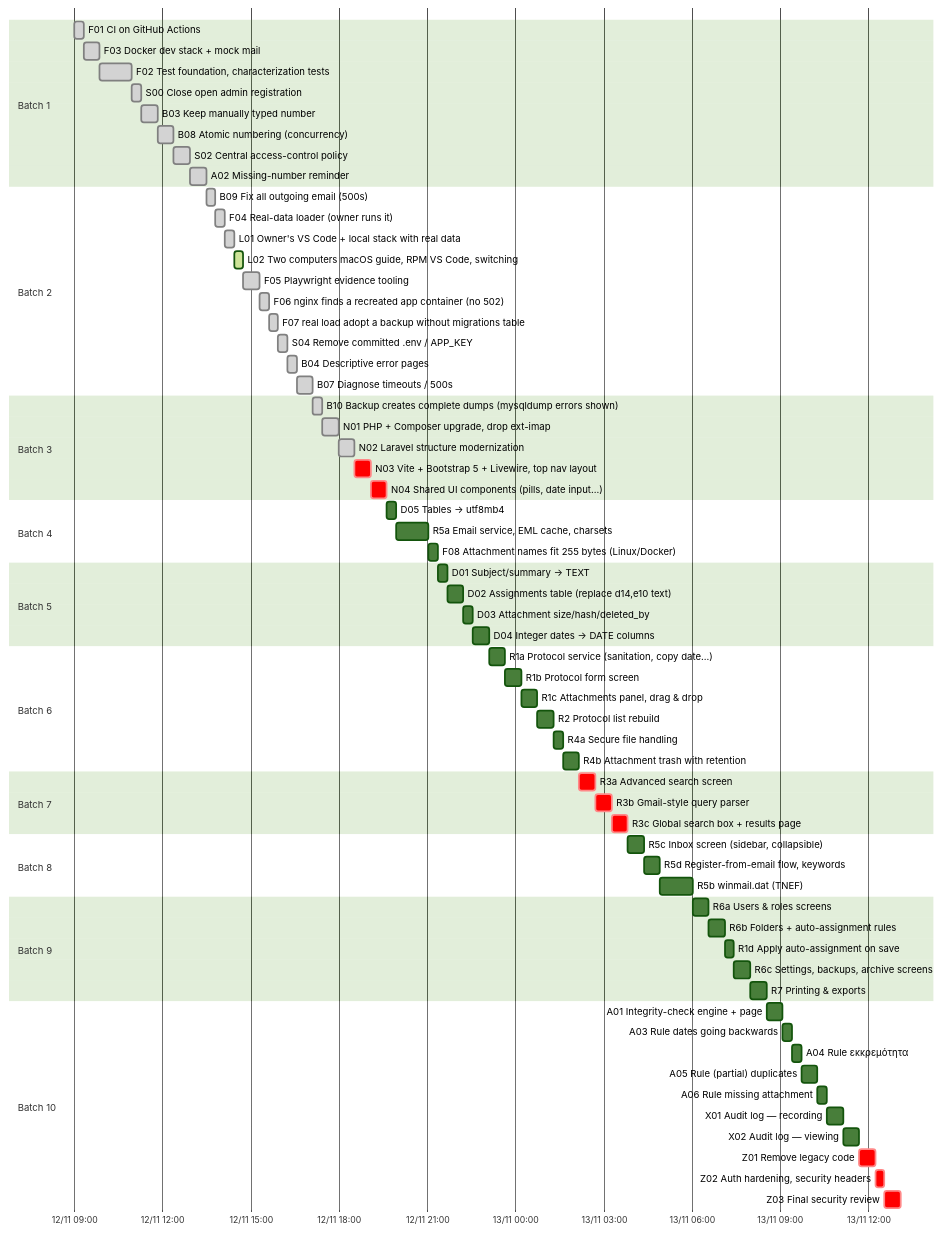
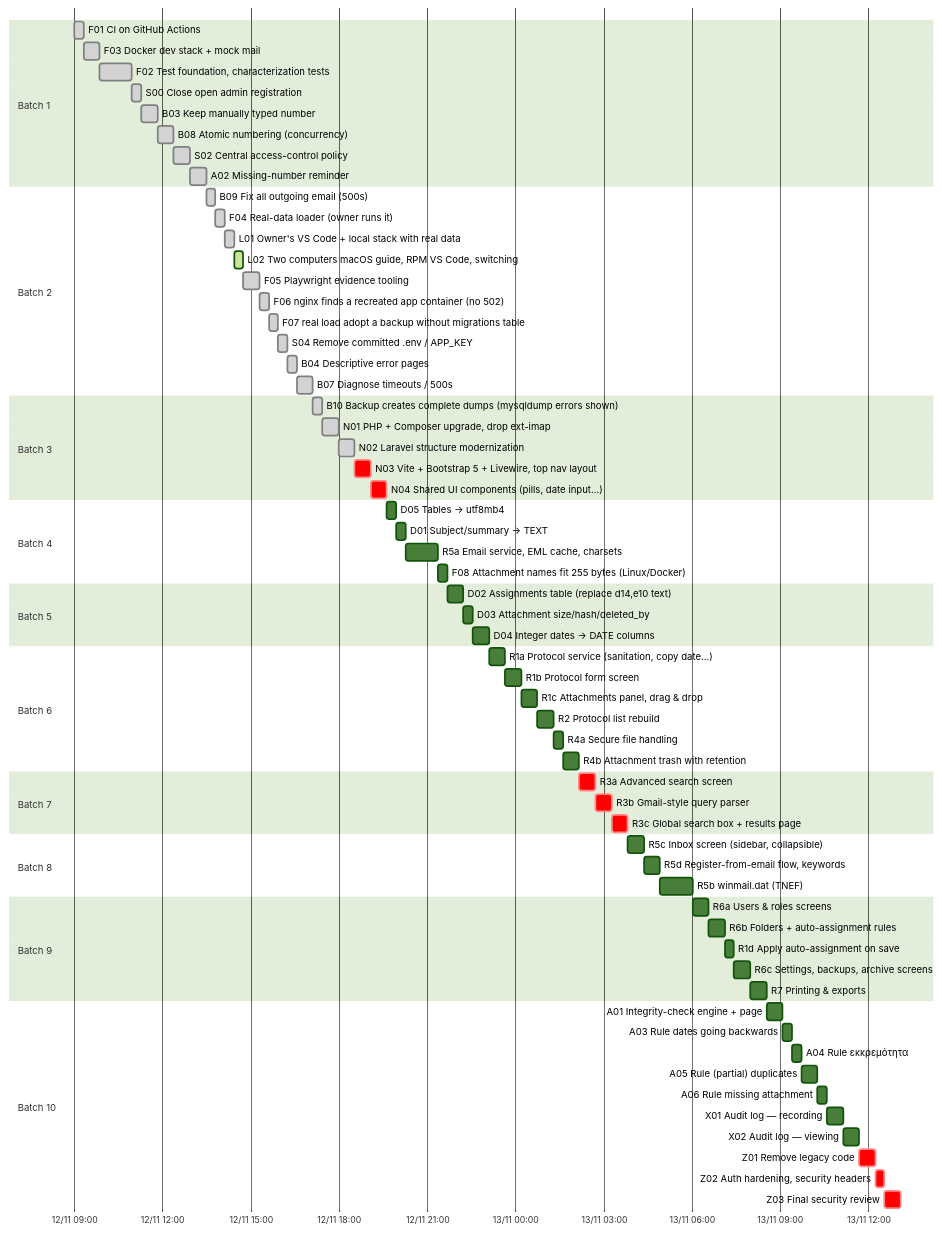
Before and after one commit to dipelaserasmus-del/electronic_protocol: the second of 2 diagrams in docs/plan/PROGRESS.md, drawn with Mermaid (forest theme). The commit also changed other lines of this file and 5 other files, not shown here.

````diff
--- a/docs/plan/PROGRESS.md
+++ b/docs/plan/PROGRESS.md
@@ -205,73 +205,73 @@
 ```mermaid
 gantt
   dateFormat YYYY-MM-DD HH:mm
   axisFormat %d/%m %H:%M
   todayMarker off
   section Batch 1
   F01 CI on GitHub Actions :done, f01, 2026-11-12 09:00, 19m
   F03 Docker dev stack + mock mail :done, f03, 2026-11-12 09:19, 33m
   F02 Test foundation, characterization tests :done, f02, 2026-11-12 09:52, 66m
   S00 Close open admin registration :done, s00, 2026-11-12 10:58, 19m
   B03 Keep manually typed number :done, b03, 2026-11-12 11:17, 33m
   B08 Atomic numbering (concurrency) :done, b08, 2026-11-12 11:50, 33m
   S02 Central access-control policy :done, s02, 2026-11-12 12:23, 33m
   A02 Missing-number reminder :done, a02, 2026-11-12 12:56, 33m
   section Batch 2
   B09 Fix all outgoing email (500s) :done, b09, 2026-11-12 13:29, 19m
   F04 Real-data loader (owner runs it) :done, f04, 2026-11-12 13:48, 19m
   L01 Owner's VS Code + local stack with real data :done, l01, 2026-11-12 14:07, 19m
   L02 Two computers  macOS guide, RPM VS Code, switching :active, l02, 2026-11-12 14:26, 19m
   F05 Playwright evidence tooling :done, f05, 2026-11-12 14:45, 33m
   F06 nginx finds a recreated app container (no 502) :done, f06, 2026-11-12 15:18, 19m
   F07 real load  adopt a backup without migrations table :done, f07, 2026-11-12 15:37, 19m
   S04 Remove committed .env / APP_KEY :done, s04, 2026-11-12 15:56, 19m
   B04 Descriptive error pages :done, b04, 2026-11-12 16:15, 19m
   B07 Diagnose timeouts / 500s :done, b07, 2026-11-12 16:34, 33m
   section Batch 3
   B10 Backup creates complete dumps (mysqldump errors shown) :done, b10, 2026-11-12 17:07, 19m
   N01 PHP + Composer upgrade, drop ext-imap :done, n01, 2026-11-12 17:26, 33m
   N02 Laravel structure modernization :done, n02, 2026-11-12 17:59, 33m
   N03 Vite + Bootstrap 5 + Livewire, top nav layout :crit, n03, 2026-11-12 18:32, 33m
   N04 Shared UI components (pills, date input…) :crit, n04, 2026-11-12 19:05, 33m
   section Batch 4
   D05 Tables → utf8mb4 :d05, 2026-11-12 19:38, 19m
-  R5a Email service, EML cache, charsets :r5a, 2026-11-12 19:57, 66m
-  F08 Attachment names fit 255 bytes (Linux/Docker) :f08, 2026-11-12 21:03, 19m
+  D01 Subject/summary → TEXT :d01, 2026-11-12 19:57, 19m
+  R5a Email service, EML cache, charsets :r5a, 2026-11-12 20:16, 66m
+  F08 Attachment names fit 255 bytes (Linux/Docker) :f08, 2026-11-12 21:22, 19m
   section Batch 5
-  D01 Subject/summary → TEXT :d01, 2026-11-12 21:22, 19m
   D02 Assignments table (replace d14,e10 text) :d02, 2026-11-12 21:41, 33m
   D03 Attachment size/hash/deleted_by :d03, 2026-11-12 22:14, 19m
   D04 Integer dates → DATE columns :d04, 2026-11-12 22:33, 33m
   section Batch 6
   R1a Protocol service (sanitation, copy date…) :r1a, 2026-11-12 23:06, 33m
   R1b Protocol form screen :r1b, 2026-11-12 23:39, 33m
   R1c Attachments panel, drag & drop :r1c, 2026-11-13 00:12, 33m
   R2 Protocol list rebuild :r2, 2026-11-13 00:45, 33m
   R4a Secure file handling :r4a, 2026-11-13 01:18, 19m
   R4b Attachment trash with retention :r4b, 2026-11-13 01:37, 33m
   section Batch 7
   R3a Advanced search screen :crit, r3a, 2026-11-13 02:10, 33m
   R3b Gmail-style query parser :crit, r3b, 2026-11-13 02:43, 33m
   R3c Global search box + results page :crit, r3c, 2026-11-13 03:16, 33m
   section Batch 8
   R5c Inbox screen (sidebar, collapsible) :r5c, 2026-11-13 03:49, 33m
   R5d Register-from-email flow, keywords :r5d, 2026-11-13 04:22, 33m
   R5b winmail.dat (TNEF) :r5b, 2026-11-13 04:55, 66m
   section Batch 9
   R6a Users & roles screens :r6a, 2026-11-13 06:01, 33m
   R6b Folders + auto-assignment rules :r6b, 2026-11-13 06:34, 33m
   R1d Apply auto-assignment on save :r1d, 2026-11-13 07:07, 19m
   R6c Settings, backups, archive screens :r6c, 2026-11-13 07:26, 33m
   R7 Printing & exports :r7, 2026-11-13 07:59, 33m
   section Batch 10
   A01 Integrity-check engine + page :a01, 2026-11-13 08:32, 33m
   A03 Rule  dates going backwards :a03, 2026-11-13 09:05, 19m
   A04 Rule  εκκρεμότητα :a04, 2026-11-13 09:24, 19m
   A05 Rule  (partial) duplicates :a05, 2026-11-13 09:43, 33m
   A06 Rule  missing attachment :a06, 2026-11-13 10:16, 19m
   X01 Audit log — recording :x01, 2026-11-13 10:35, 33m
   X02 Audit log — viewing :x02, 2026-11-13 11:08, 33m
   Z01 Remove legacy code :crit, z01, 2026-11-13 11:41, 33m
   Z02 Auth hardening, security headers :crit, z02, 2026-11-13 12:14, 19m
   Z03 Final security review :crit, z03, 2026-11-13 12:33, 33m
 ```
````
